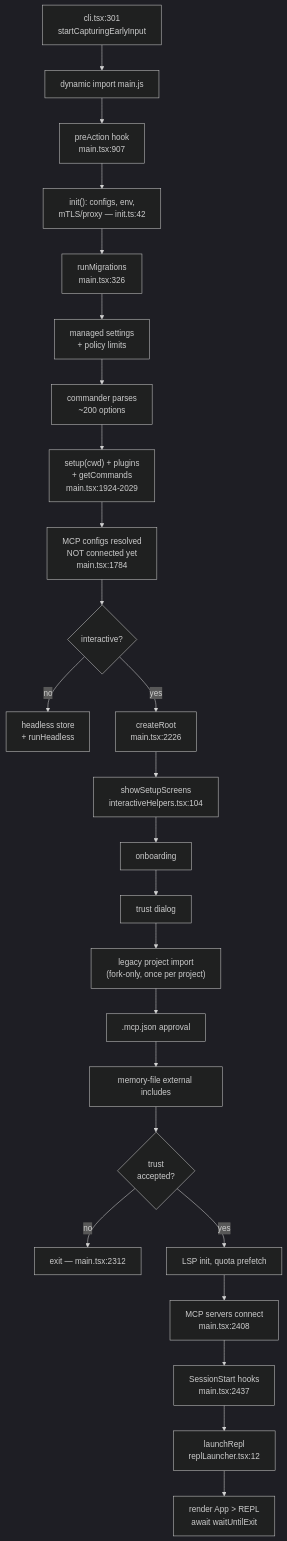
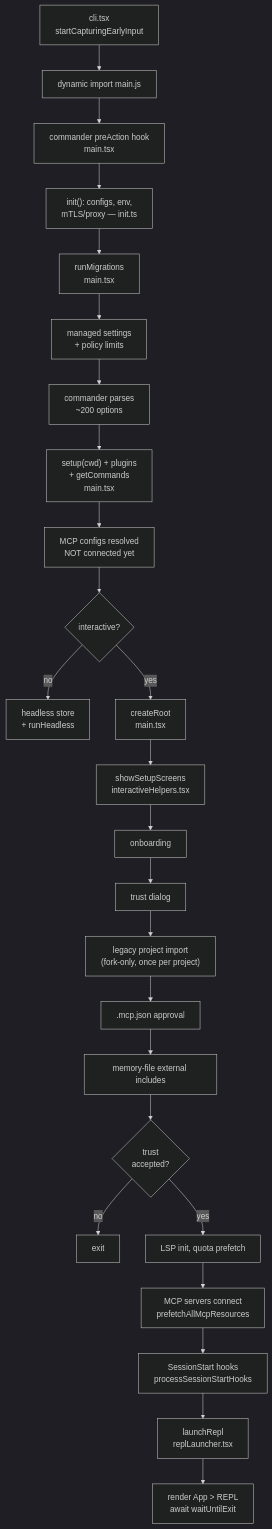
One commit to cristianizzo/axa-chat changed the second of 8 diagrams in docs/ARCHITECTURE.md. Above: the diagram before and after it, drawn with Mermaid (dark theme). The commit also changed other lines of this file, not shown here.

First line of the commit message:
docs: cite ARCHITECTURE.md by name instead of by line number

````diff
--- a/docs/ARCHITECTURE.md
+++ b/docs/ARCHITECTURE.md
@@ -59,27 +67,27 @@
 ```mermaid
 flowchart TD
-    A["cli.tsx:301<br/>startCapturingEarlyInput"] --> B["dynamic import main.js"]
-    B --> C["preAction hook<br/>main.tsx:907"]
-    C --> C1["init(): configs, env,<br/>mTLS/proxy — init.ts:42"]
-    C1 --> C2["runMigrations<br/>main.tsx:326"]
+    A["cli.tsx<br/>startCapturingEarlyInput"] --> B["dynamic import main.js"]
+    B --> C["commander preAction hook<br/>main.tsx"]
+    C --> C1["init(): configs, env,<br/>mTLS/proxy — init.ts"]
+    C1 --> C2["runMigrations<br/>main.tsx"]
     C2 --> C3["managed settings<br/>+ policy limits"]
     C3 --> D["commander parses<br/>~200 options"]
-    D --> E["setup(cwd) + plugins<br/>+ getCommands<br/>main.tsx:1924-2029"]
-    E --> F["MCP configs resolved<br/>NOT connected yet<br/>main.tsx:1784"]
+    D --> E["setup(cwd) + plugins<br/>+ getCommands<br/>main.tsx"]
+    E --> F["MCP configs resolved<br/>NOT connected yet"]
     F --> G{"interactive?"}
     G -->|no| H["headless store<br/>+ runHeadless"]
-    G -->|yes| I["createRoot<br/>main.tsx:2226"]
-    I --> J["showSetupScreens<br/>interactiveHelpers.tsx:104"]
+    G -->|yes| I["createRoot<br/>main.tsx"]
+    I --> J["showSetupScreens<br/>interactiveHelpers.tsx"]
     J --> J1["onboarding"]
     J1 --> J2["trust dialog"]
     J2 --> J2a["legacy project import<br/>(fork-only, once per project)"]
     J2a --> J3[".mcp.json approval"]
     J3 --> J4["memory-file external includes"]
     J4 --> K{"trust<br/>accepted?"}
-    K -->|no| L["exit — main.tsx:2312"]
+    K -->|no| L["exit"]
     K -->|yes| M["LSP init, quota prefetch"]
-    M --> N["MCP servers connect<br/>main.tsx:2408"]
-    N --> O["SessionStart hooks<br/>main.tsx:2437"]
-    O --> P["launchRepl<br/>replLauncher.tsx:12"]
+    M --> N["MCP servers connect<br/>prefetchAllMcpResources"]
+    N --> O["SessionStart hooks<br/>processSessionStartHooks"]
+    O --> P["launchRepl<br/>replLauncher.tsx"]
     P --> Q["render App > REPL<br/>await waitUntilExit"]
 ```
````
